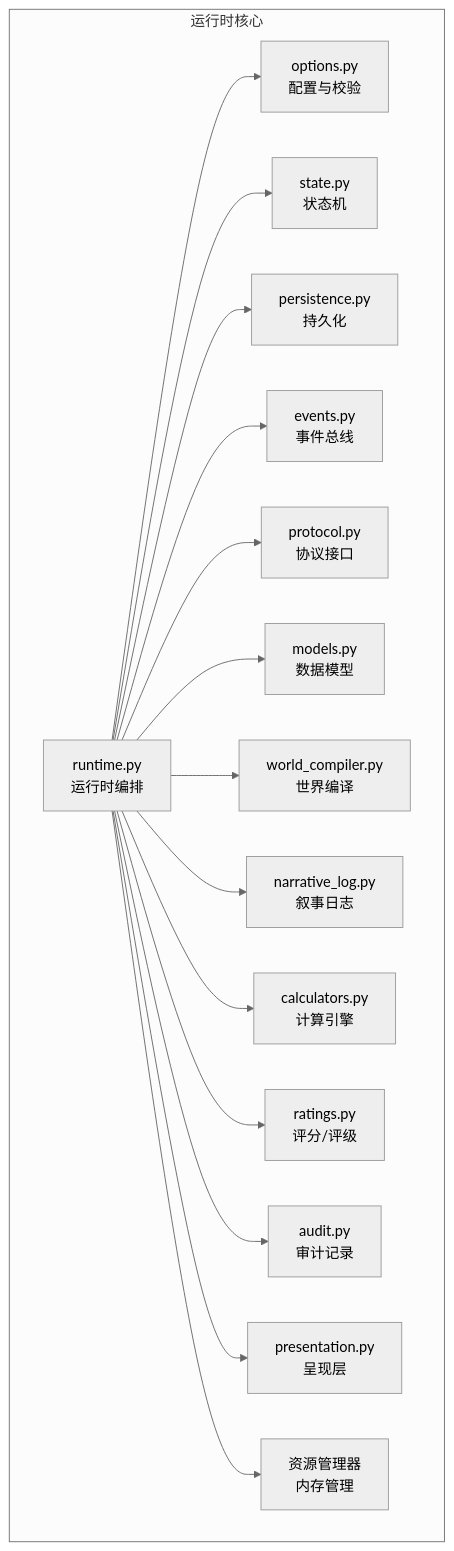
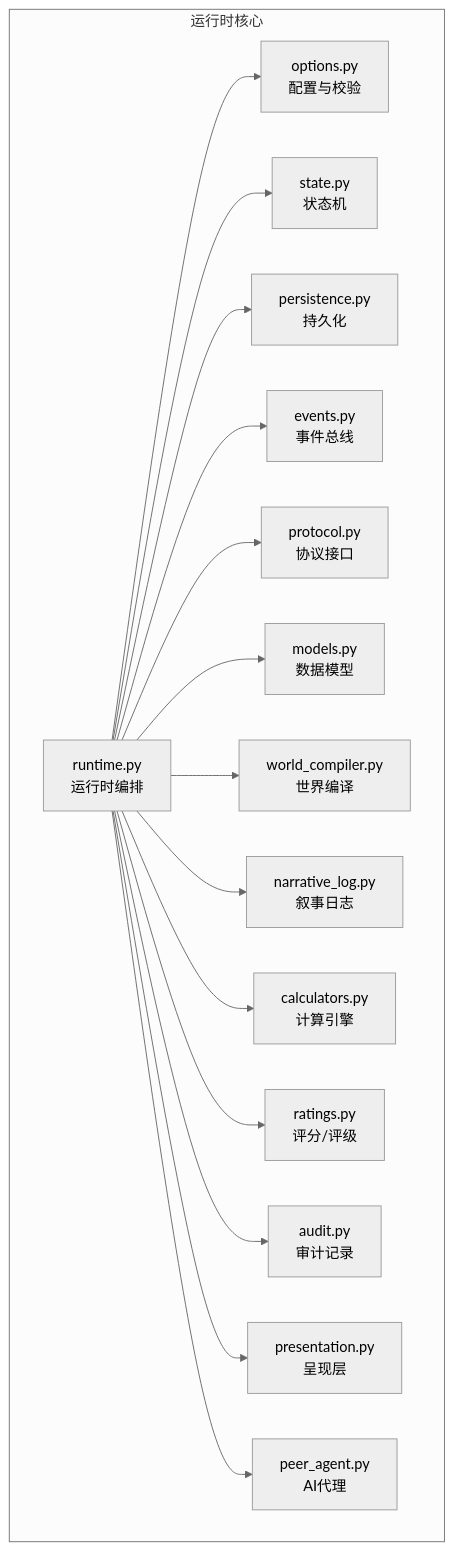
The first of 12 diagrams in .qoder/repowiki/zh/content/运行时系统/运行时核心.md (Ivandanslespace/thegreatnovel), drawn with Mermaid (neutral theme) before and after one commit. The commit also changed other lines of this file and 100 other files, not shown here.

````diff
--- a/.qoder/repowiki/zh/content/运行时系统/运行时核心.md
+++ b/.qoder/repowiki/zh/content/运行时系统/运行时核心.md
@@ -55,32 +56,32 @@
 ```mermaid
 graph TB
 subgraph "运行时核心"
 RT["runtime.py<br/>运行时编排"]
 OPT["options.py<br/>配置与校验"]
 ST["state.py<br/>状态机"]
 PERS["persistence.py<br/>持久化"]
 EVT["events.py<br/>事件总线"]
 PROTO["protocol.py<br/>协议接口"]
 MODELS["models.py<br/>数据模型"]
 WC["world_compiler.py<br/>世界编译"]
 NL["narrative_log.py<br/>叙事日志"]
 CALC["calculators.py<br/>计算引擎"]
 RAT["ratings.py<br/>评分/评级"]
 AUD["audit.py<br/>审计记录"]
 PRE["presentation.py<br/>呈现层"]
-RM["资源管理器<br/>内存管理"]
+PA["peer_agent.py<br/>AI代理"]
 end
 RT --> OPT
 RT --> ST
 RT --> PERS
 RT --> EVT
 RT --> PROTO
 RT --> MODELS
 RT --> WC
 RT --> NL
 RT --> CALC
 RT --> RAT
 RT --> AUD
 RT --> PRE
-RT --> RM
+RT --> PA
 ```
````
